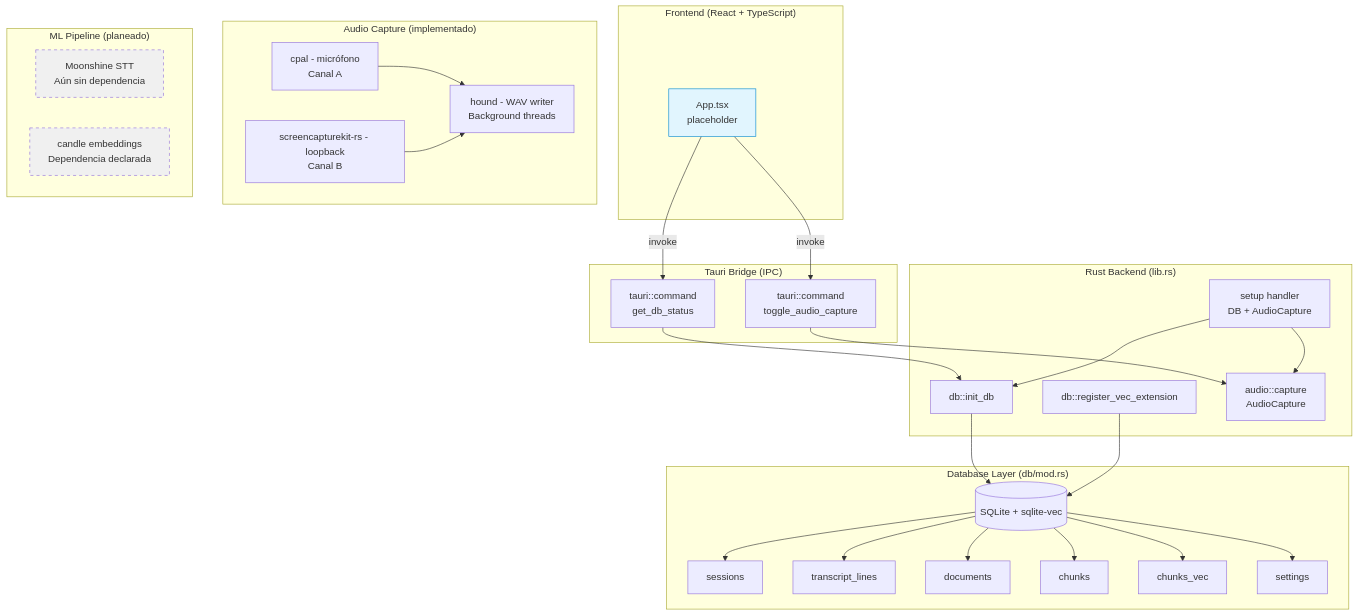
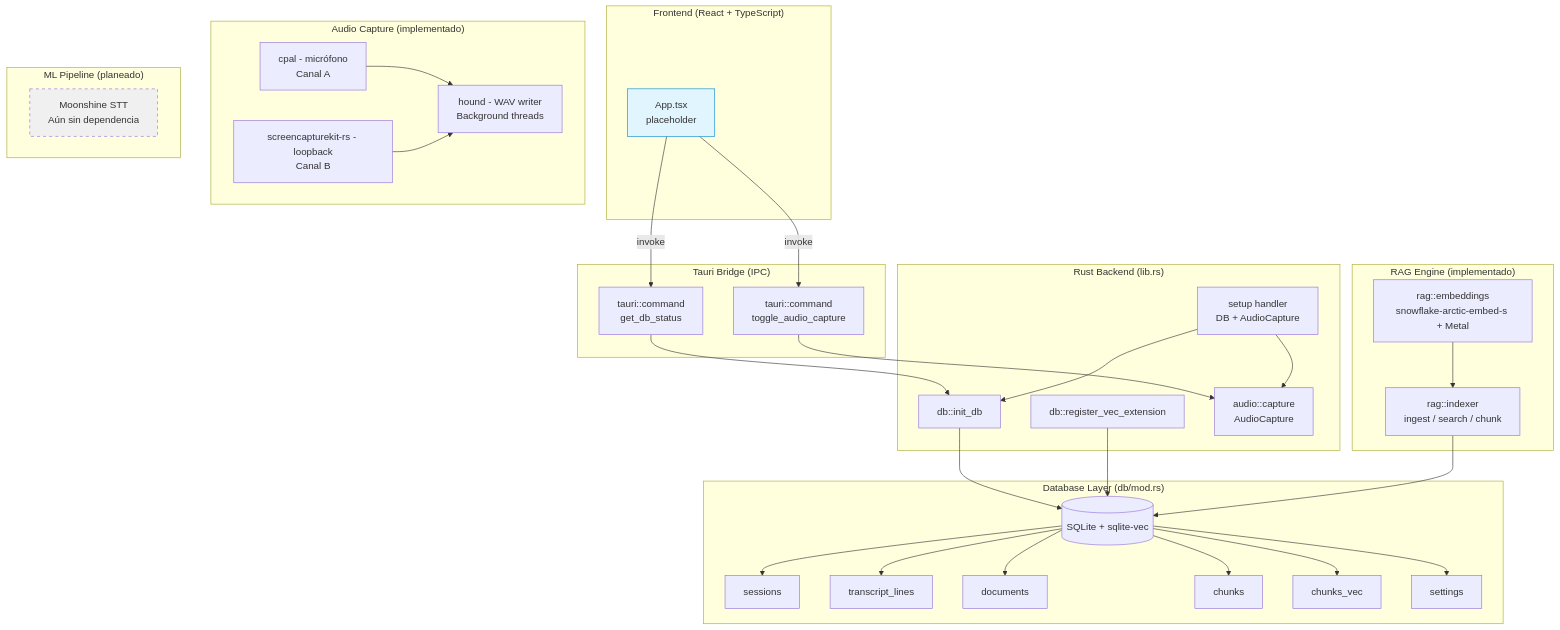
Before and after one commit to dahch/kue: the diagram in design.md, drawn with Mermaid. The commit also changed other lines of this file and 2 other files, not shown here.

First line of the commit message:
docs: update project status and architecture for RAG engine implementation

````diff
--- a/design.md
+++ b/design.md
@@ -9,60 +9,65 @@
 ```mermaid
 graph TD
     subgraph "Frontend (React + TypeScript)"
         A[App.tsx<br/>placeholder]
     end
 
     subgraph "Tauri Bridge (IPC)"
         B1[tauri::command<br/>get_db_status]
         B2[tauri::command<br/>toggle_audio_capture]
     end
 
     subgraph "Rust Backend (lib.rs)"
         C[db::init_db]
         D[db::register_vec_extension]
         E[setup handler<br/>DB + AudioCapture]
         F[audio::capture<br/>AudioCapture]
     end
 
     subgraph "Database Layer (db/mod.rs)"
         G[(SQLite + sqlite-vec)]
         H[sessions]
         I[transcript_lines]
         J[documents]
         K[chunks]
         L[chunks_vec]
         M[settings]
     end
 
     subgraph "Audio Capture (implementado)"
         N[cpal - micrófono<br/>Canal A]
         O[screencapturekit-rs - loopback<br/>Canal B]
         P[hound - WAV writer<br/>Background threads]
     end
 
+    subgraph "RAG Engine (implementado)"
+        S[rag::embeddings<br/>snowflake-arctic-embed-s + Metal]
+        T[rag::indexer<br/>ingest / search / chunk]
+    end
+
     subgraph "ML Pipeline (planeado)"
         Q[Moonshine STT<br/>Aún sin dependencia]
-        R[candle embeddings<br/>Dependencia declarada]
     end
 
     A -->|invoke| B1
     A -->|invoke| B2
     B1 --> C
     B2 --> F
     C --> G
     D --> G
     E --> C
     E --> F
     N --> P
     O --> P
     G --> H
     G --> I
     G --> J
     G --> K
     G --> L
     G --> M
+    S --> T
+    T --> G
 
     style Q fill:#f0f0f0,stroke-dasharray: 5 5
-    style R fill:#f0f0f0,stroke-dasharray: 5 5
     style A fill:#e1f5fe,stroke:#0288d1
 ```
````
